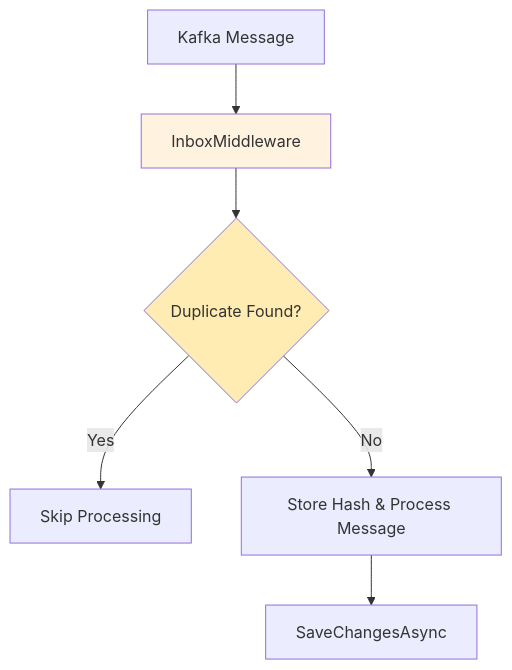
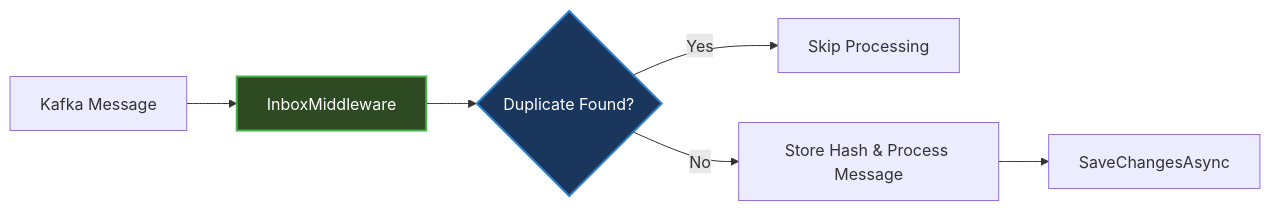
The diagram in docs/features/inbox.md (cleberMargarida/k-entity-framework), drawn with Mermaid before and after one commit. The commit also changed other lines of this file and 38 other files, not shown here.

````diff
--- a/docs/features/inbox.md
+++ b/docs/features/inbox.md
@@ -21,11 +20,11 @@
 ```mermaid
-graph TD
+flowchart LR
     A[Kafka Message] --> B[InboxMiddleware]
     B --> C{Duplicate Found?}
     C -->|Yes| D[Skip Processing]
     C -->|No| E[Store Hash & Process Message]
     E --> F[SaveChangesAsync]
     
-    style B fill:#fff3e0
-    style C fill:#ffecb3
+    style B fill:#2d4a22,stroke:#4caf50,stroke-width:2px,color:#ffffff
+    style C fill:#1a365d,stroke:#3182ce,stroke-width:2px,color:#ffffff
 ```
````
